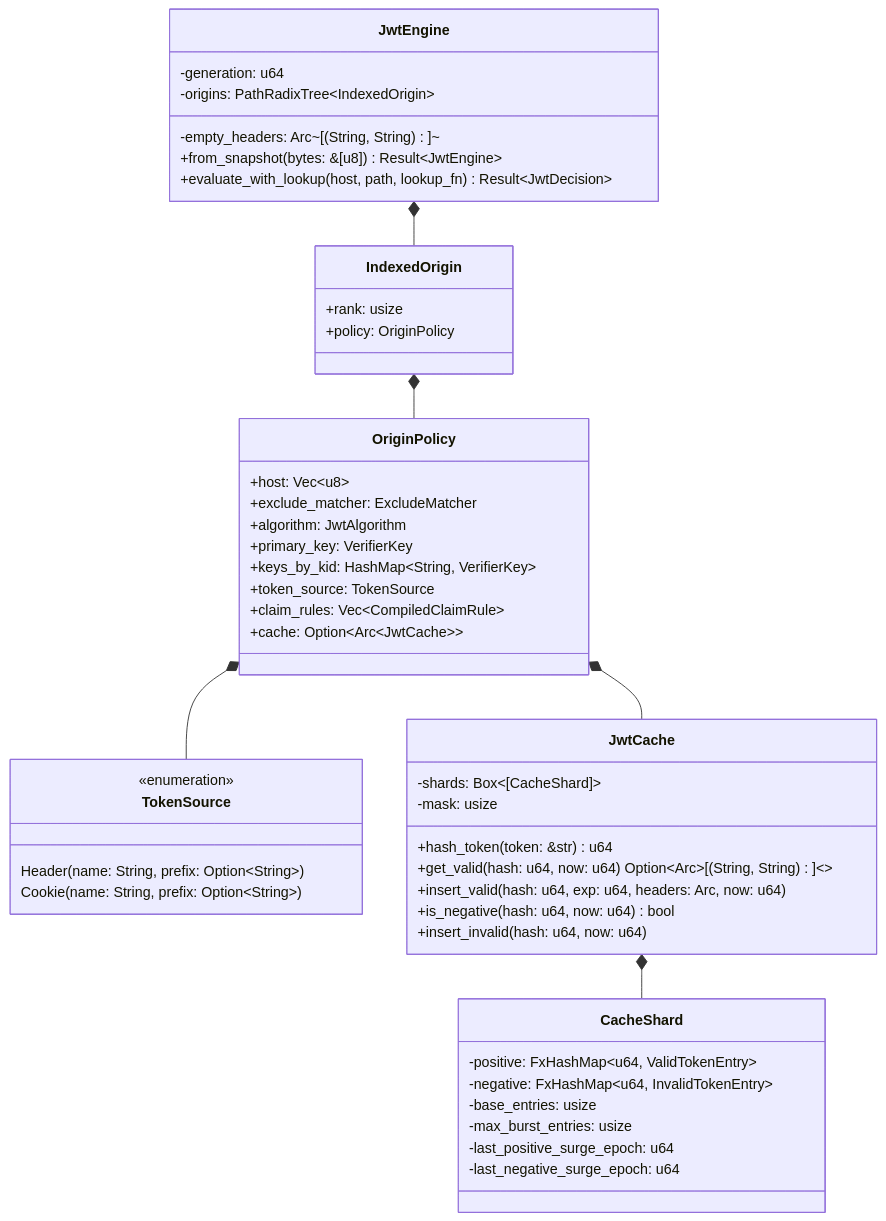
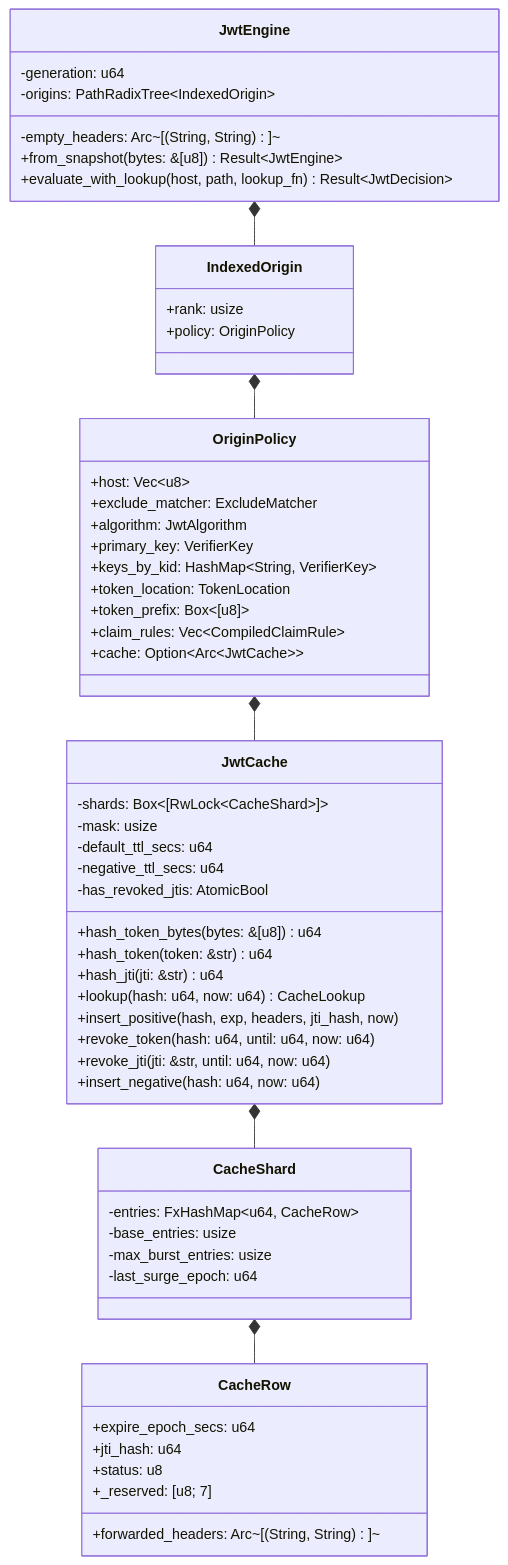
One commit to phucle996/aurora-api-gateway changed the first of 2 diagrams in crates/extensions/src/jwt/ARCHITECTURE.md. Above: the diagram before and after it, drawn with Mermaid. The commit also changed other lines of this file and 221 other files, not shown here.

````diff
--- a/crates/extensions/src/jwt/ARCHITECTURE.md
+++ b/crates/extensions/src/jwt/ARCHITECTURE.md
@@ -38,57 +46,64 @@
 ```mermaid
 classDiagram
     class JwtEngine {
         -generation: u64
         -origins: PathRadixTree~IndexedOrigin~
         -empty_headers: Arc~[(String, String)]~
         +from_snapshot(bytes: &[u8]) Result~JwtEngine~
         +evaluate_with_lookup(host, path, lookup_fn) Result~JwtDecision~
     }
 
     class IndexedOrigin {
         +rank: usize
         +policy: OriginPolicy
     }
 
     class OriginPolicy {
         +host: Vec~u8~
         +exclude_matcher: ExcludeMatcher
         +algorithm: JwtAlgorithm
         +primary_key: VerifierKey
         +keys_by_kid: HashMap~String, VerifierKey~
-        +token_source: TokenSource
+        +token_location: TokenLocation
+        +token_prefix: Box~[u8]~
         +claim_rules: Vec~CompiledClaimRule~
         +cache: Option~Arc~JwtCache~~
     }
 
-    class TokenSource {
-        <<enumeration>>
-        Header(name: String, prefix: Option~String~)
-        Cookie(name: String, prefix: Option~String~)
-    }
-
     class JwtCache {
-        -shards: Box~[CacheShard]~
+        -shards: Box~[RwLock~CacheShard~]~
         -mask: usize
+        -default_ttl_secs: u64
+        -negative_ttl_secs: u64
+        -has_revoked_jtis: AtomicBool
+        +hash_token_bytes(bytes: &[u8]) u64
         +hash_token(token: &str) u64
-        +get_valid(hash: u64, now: u64) Option~Arc~[(String, String)]~~
-        +insert_valid(hash: u64, exp: u64, headers: Arc, now: u64)
-        +is_negative(hash: u64, now: u64) bool
-        +insert_invalid(hash: u64, now: u64)
+        +hash_jti(jti: &str) u64
+        +lookup(hash: u64, now: u64) CacheLookup
+        +insert_positive(hash, exp, headers, jti_hash, now)
+        +revoke_token(hash: u64, until: u64, now: u64)
+        +revoke_jti(jti: &str, until: u64, now: u64)
+        +insert_negative(hash: u64, now: u64)
     }
 
     class CacheShard {
-        -positive: FxHashMap~u64, ValidTokenEntry~
-        -negative: FxHashMap~u64, InvalidTokenEntry~
+        -entries: FxHashMap~u64, CacheRow~
         -base_entries: usize
         -max_burst_entries: usize
-        -last_positive_surge_epoch: u64
-        -last_negative_surge_epoch: u64
+        -last_surge_epoch: u64
+    }
+
+    class CacheRow {
+        +expire_epoch_secs: u64
+        +jti_hash: u64
+        +forwarded_headers: Arc~[(String, String)]~
+        +status: u8
+        +_reserved: [u8; 7]
     }
 
     JwtEngine *-- IndexedOrigin
     IndexedOrigin *-- OriginPolicy
-    OriginPolicy *-- TokenSource
     OriginPolicy *-- JwtCache
     JwtCache *-- CacheShard
+    CacheShard *-- CacheRow
 ```
````
